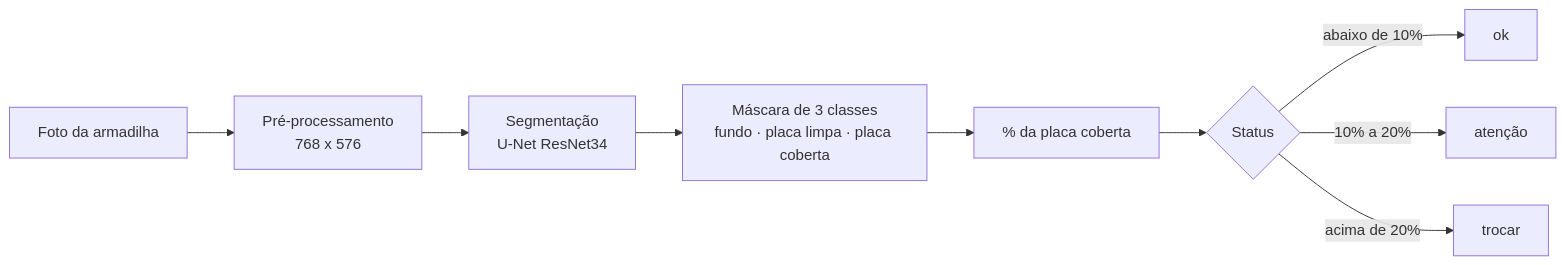
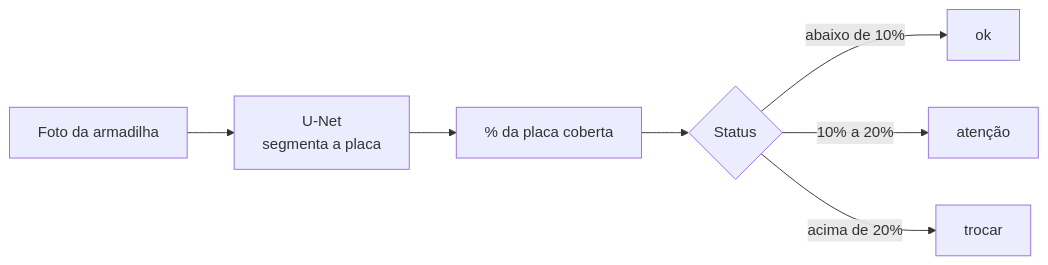
Before and after one commit to plfrancisco/trapsight-pi3: the diagram in README.md, drawn with Mermaid. The commit also changed other lines of this file and 5 other files, not shown here.

````diff
--- a/README.md
+++ b/README.md
@@ -50,11 +18,9 @@
 ```mermaid
 flowchart LR
-    A[Foto da armadilha] --> B[Pré-processamento<br/>768 x 576]
-    B --> C[Segmentação<br/>U-Net ResNet34]
-    C --> D[Máscara de 3 classes<br/>fundo · placa limpa · placa coberta]
-    D --> E[% da placa coberta]
-    E --> F{Status}
-    F -->|abaixo de 10%| G[ok]
-    F -->|10% a 20%| H[atenção]
-    F -->|acima de 20%| I[trocar]
+    A[Foto da armadilha] --> B[U-Net<br/>segmenta a placa]
+    B --> C[% da placa coberta]
+    C --> D{Status}
+    D -->|abaixo de 10%| E[ok]
+    D -->|10% a 20%| F[atenção]
+    D -->|acima de 20%| G[trocar]
 ```
````
